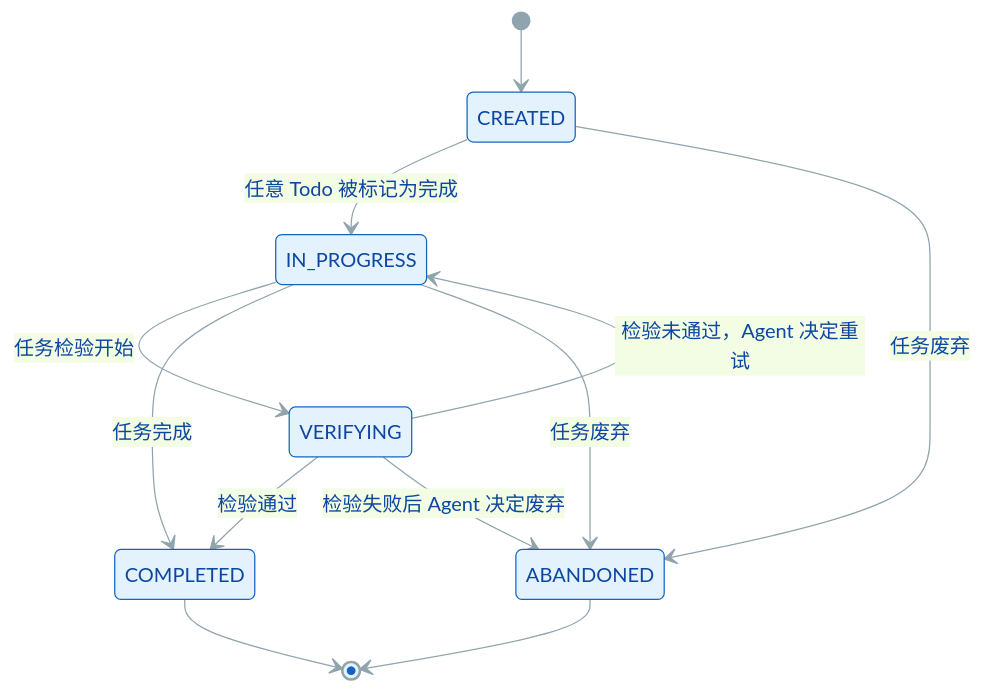
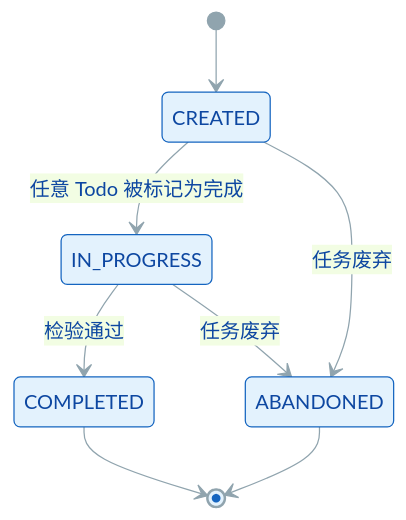
One commit to Lazyn0tBug/mem0ress changed diagram 11 of 11 in docs/spec.md. Above: the diagram before and after it, drawn with Mermaid. The commit also changed other lines of this file, not shown here.

````diff
--- a/docs/spec.md
+++ b/docs/spec.md
@@ -512,16 +625,12 @@
 ```mermaid
 %% label：Task 生命周期状态机
 %%{ init: { 'theme': 'base', 'themeVariables': { 'primaryColor': '#e3f2fd', 'primaryTextColor': '#0d47a1', 'primaryBorderColor': '#1565c0', 'lineColor': '#90a4ae' } } }%%
 stateDiagram-v2
     [*] --> CREATED
     CREATED --> IN_PROGRESS : 任意 Todo 被标记为完成
     CREATED --> ABANDONED : 任务废弃
-    IN_PROGRESS --> VERIFYING : 任务检验开始
-    VERIFYING --> IN_PROGRESS : 检验未通过，Agent 决定重试
-    VERIFYING --> COMPLETED : 检验通过
-    VERIFYING --> ABANDONED : 检验失败后 Agent 决定废弃
-    IN_PROGRESS --> COMPLETED : 任务完成
+    IN_PROGRESS --> COMPLETED : 检验通过
     IN_PROGRESS --> ABANDONED : 任务废弃
     COMPLETED --> [*]
     ABANDONED --> [*]
 ```
````
